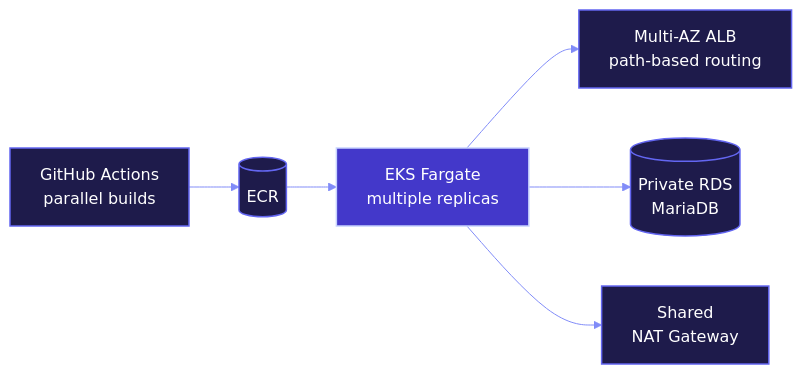
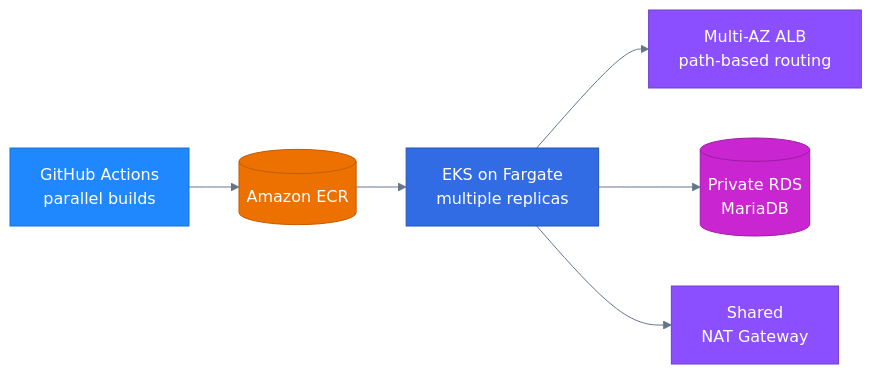
One commit to Rohit-1920/Rohit-1920 changed the second of 6 diagrams in README.md. Above: the diagram before and after it, drawn with Mermaid. The commit also changed other lines of this file, not shown here.

````diff
--- a/README.md
+++ b/README.md
@@ -142,17 +108,18 @@
 ```mermaid
-%%{init: {'theme':'base','themeVariables':{'fontFamily':'Inter, ui-sans-serif, system-ui, sans-serif','lineColor':'#818CF8','textColor':'#E2E8F0','edgeLabelBackground':'#1E1B4B','primaryTextColor':'#FFFFFF'}}}%%
+%%{init: {'theme':'base','themeVariables':{'fontFamily':'Inter, ui-sans-serif, system-ui, sans-serif','lineColor':'#64748B','primaryTextColor':'#0F172A'}}}%%
 flowchart LR
-  GA["GitHub Actions<br/>parallel builds"] --> ECR[("ECR")] --> EKS["EKS Fargate<br/>multiple replicas"] --> ALB["Multi-AZ ALB<br/>path-based routing"]
+  GA["GitHub Actions<br/>parallel builds"] --> ECR[("Amazon ECR")] --> EKS["EKS on Fargate<br/>multiple replicas"] --> ALB["Multi-AZ ALB<br/>path-based routing"]
   EKS --> RDS[("Private RDS<br/>MariaDB")]
   EKS --> NAT["Shared<br/>NAT Gateway"]
-classDef aws fill:#1E1B4B,stroke:#6366F1,color:#FFF,stroke-width:1.5px
-classDef k8s fill:#4338CA,stroke:#C7D2FE,color:#FFF,stroke-width:1.5px
-classDef ci fill:#1E1B4B,stroke:#6366F1,color:#FFF,stroke-width:1.5px
-classDef iac fill:#1E1B4B,stroke:#6366F1,color:#FFF,stroke-width:1.5px
-classDef obs fill:#1E1B4B,stroke:#6366F1,color:#FFF,stroke-width:1.5px
-classDef sec fill:#1E1B4B,stroke:#6366F1,color:#FFF,stroke-width:1.5px
-classDef neu fill:#0F0D2E,stroke:#4F46E5,color:#FFF,stroke-width:1.5px
-class GA ci
-class ECR,ALB,RDS,NAT aws
-class EKS k8s
+
+  classDef ci fill:#2088FF,stroke:#1B6FD1,color:#FFFFFF
+  classDef aws fill:#ED7100,stroke:#C25C00,color:#FFFFFF
+  classDef net fill:#8C4FFF,stroke:#6F3FCC,color:#FFFFFF
+  classDef db fill:#C925D1,stroke:#9E1DA5,color:#FFFFFF
+  classDef k8s fill:#326CE5,stroke:#2653B3,color:#FFFFFF
+  class GA ci
+  class ECR aws
+  class ALB,NAT net
+  class RDS db
+  class EKS k8s
 ```
````
